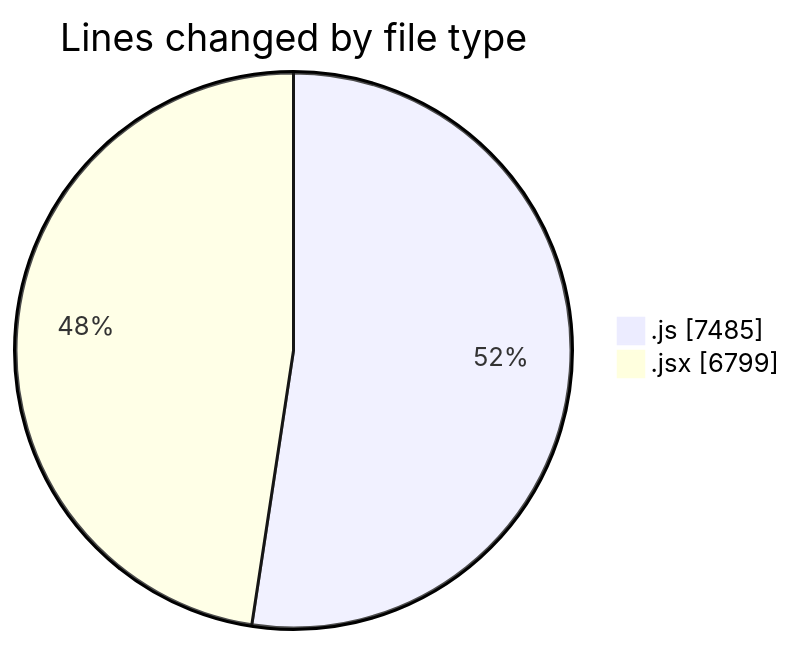
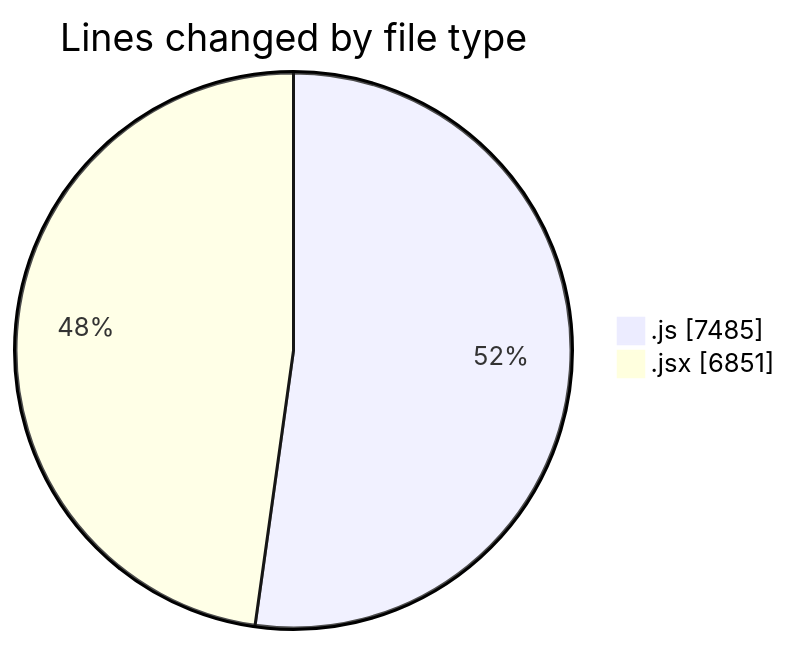
The first of 2 diagrams in 2025-09-24/nxtqube_webapp/README.md (nxtqubesakshisongat/code-tracking), drawn with Mermaid before and after one commit. The commit also changed other lines of this file and 1 other file, not shown here.

````diff
--- a/2025-09-24/nxtqube_webapp/README.md
+++ b/2025-09-24/nxtqube_webapp/README.md
@@ -23,6 +23,6 @@
 ```mermaid
 pie showData
 title Lines changed by file type
 ".js" : 7485
-".jsx" : 6799
+".jsx" : 6851
 ```
````
